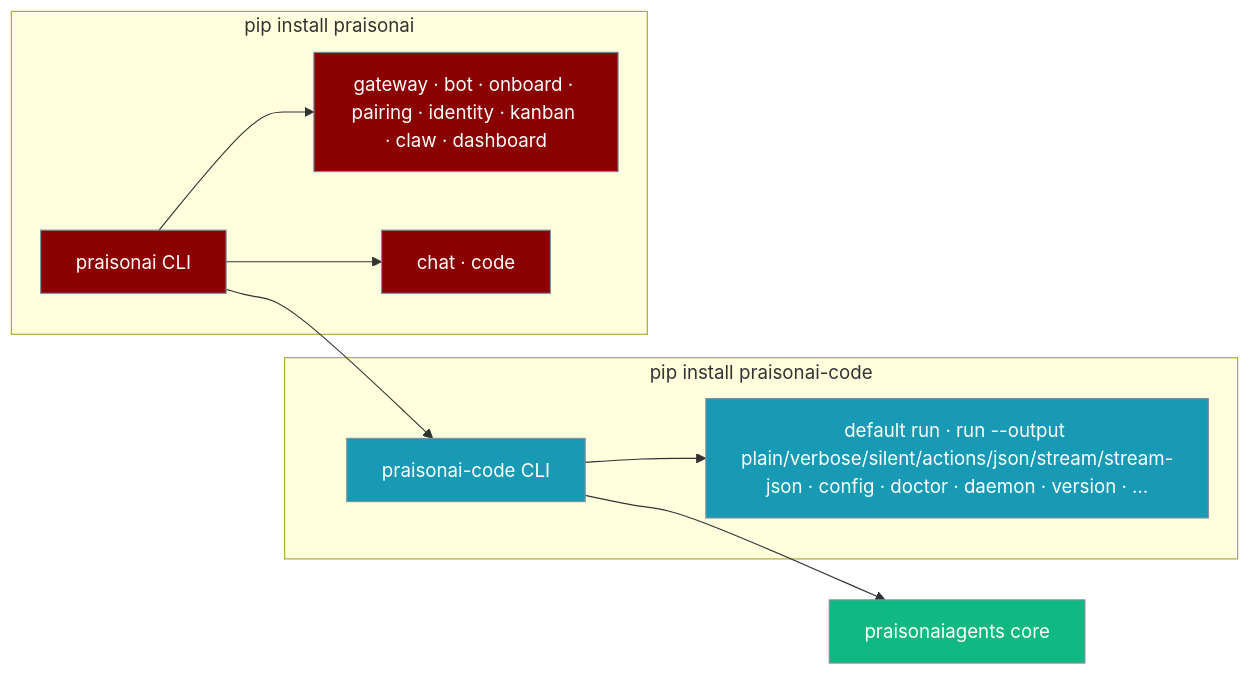
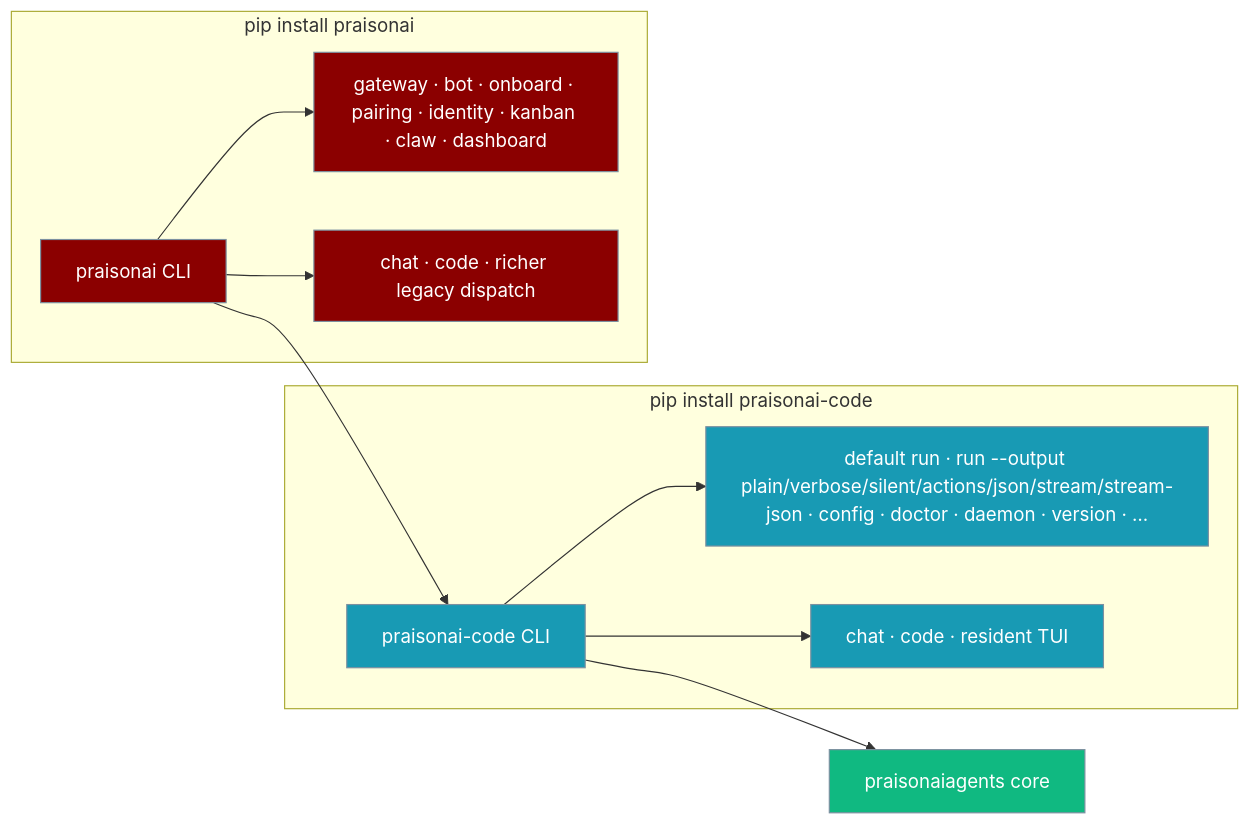
Before and after one commit to MervinPraison/PraisonAIDocs: the first of 5 diagrams in docs/features/praisonai-code-cli.mdx, drawn with Mermaid. The commit also changed other lines of this file and 9 other files, not shown here.

First line of the commit message:
docs: standalone praisonai-code now runs full interactive chat/code TUI (fixes #2828)

````diff
--- a/docs/features/praisonai-code-cli.mdx
+++ b/docs/features/praisonai-code-cli.mdx
@@ -25,19 +33,20 @@
 ```mermaid
 graph LR
     subgraph pip_code["pip install praisonai-code"]
         A[praisonai-code CLI] --> A1[default run · run --output plain/verbose/silent/actions/json/stream/stream-json · config · doctor · daemon · version · …]
+        A --> A2[chat · code · resident TUI]
     end
     subgraph pip_wrapper["pip install praisonai"]
         B[praisonai CLI] --> B1[gateway · bot · onboard · pairing · identity · kanban · claw · dashboard]
-        B --> B2[chat · code]
+        B --> B2[chat · code · richer legacy dispatch]
         B --> A
     end
     A --> C[praisonaiagents core]
 
     classDef code fill:#189AB4,stroke:#7C90A0,color:#fff
     classDef wrapper fill:#8B0000,stroke:#7C90A0,color:#fff
     classDef core fill:#10B981,stroke:#7C90A0,color:#fff
-    class A,A1 code
+    class A,A1,A2 code
     class B,B1,B2 wrapper
     class C core
 ```
````
